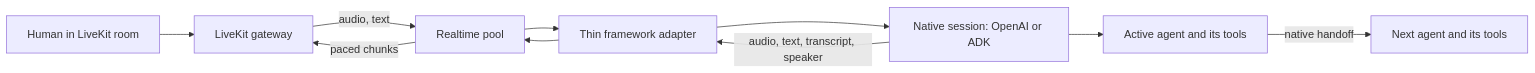
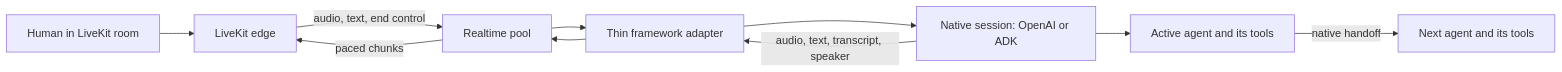
Before and after one commit to yaalalabs/agent-kernel: the diagram in docs/specs/810-native-realtime-agents/design.md, drawn with Mermaid. The commit also changed other lines of this file and 135 other files, not shown here.

First line of the commit message:
feat(livekit): edge support and one room per call (#941)

````diff
--- a/docs/specs/810-native-realtime-agents/design.md
+++ b/docs/specs/810-native-realtime-agents/design.md
@@ -17,12 +22,12 @@
 ```mermaid
 flowchart LR
-    H[Human in LiveKit room] --> E[LiveKit gateway]
-    E -- audio, text --> P[Realtime pool]
+    H[Human in LiveKit room] --> E[LiveKit edge]
+    E -- audio, text, end control --> P[Realtime pool]
     P --> A[Thin framework adapter]
     A --> S[Native session: OpenAI or ADK]
     S --> T[Active agent and its tools]
     T -- native handoff --> N[Next agent and its tools]
     S -- audio, text, transcript, speaker --> A
     A --> P
     P -- paced chunks --> E
 ```
````
